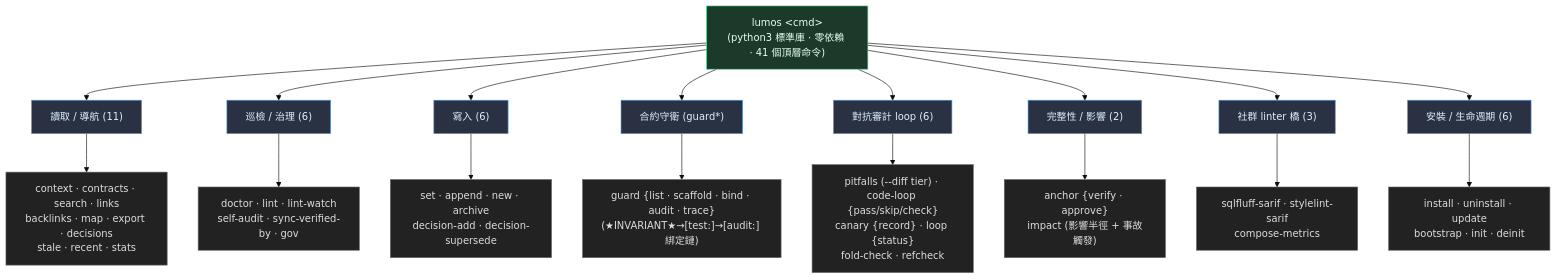
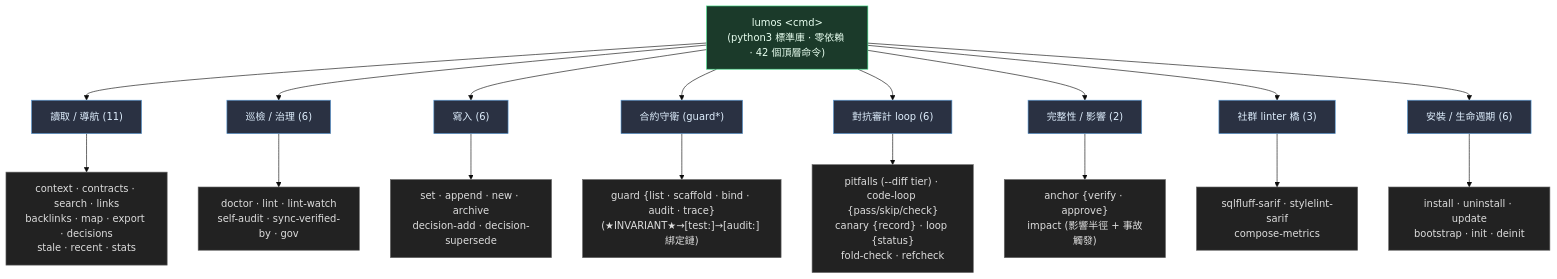
One commit to EnzoHsieh-Android/Lumos changed the third of 4 diagrams in ARCHITECTURE.md. Above: the diagram before and after it, drawn with Mermaid (base theme). The commit also changed other lines of this file and 10 other files, not shown here.

````diff
--- a/ARCHITECTURE.md
+++ b/ARCHITECTURE.md
@@ -99,29 +99,29 @@
 ```mermaid
 flowchart TB
-    ROOT["lumos &lt;cmd&gt;<br/>(python3 標準庫 · 零依賴 · 41 個頂層命令)"]
+    ROOT["lumos &lt;cmd&gt;<br/>(python3 標準庫 · 零依賴 · 42 個頂層命令)"]
 
     ROOT --> READ["讀取 / 導航 (11)"]
     ROOT --> HEALTH["巡檢 / 治理 (6)"]
     ROOT --> WRITE["寫入 (6)"]
     ROOT --> GUARD["合約守衛 (guard*)"]
     ROOT --> LOOP["對抗審計 loop (6)"]
     ROOT --> INTEG["完整性 / 影響 (2)"]
     ROOT --> SARIF["社群 linter 橋 (3)"]
     ROOT --> LIFE["安裝 / 生命週期 (6)"]
 
     READ --> R["context · contracts · search · links<br/>backlinks · map · export · decisions<br/>stale · recent · stats"]
     HEALTH --> H["doctor · lint · lint-watch<br/>self-audit · sync-verified-by · gov"]
     WRITE --> W["set · append · new · archive<br/>decision-add · decision-supersede"]
     GUARD --> G["guard {list · scaffold · bind · audit · trace}<br/>(★INVARIANT★→[test:]→[audit:] 綁定鏈)"]
     LOOP --> LP["pitfalls (--diff tier) · code-loop {pass/skip/check}<br/>canary {record} · loop {status}<br/>fold-check · refcheck"]
     INTEG --> I["anchor {verify · approve}<br/>impact (影響半徑 + 事故觸發)"]
     SARIF --> ST["sqlfluff-sarif · stylelint-sarif<br/>compose-metrics"]
     LIFE --> L["install · uninstall · update<br/>bootstrap · init · deinit"]
 
     classDef root fill:#1b3a2a,stroke:#3ddc84,color:#e8fff0
     classDef cat fill:#2a3142,stroke:#5a9bd6,color:#e0f0ff
     classDef leaf fill:#222,stroke:#666,color:#ddd
     class ROOT root
     class READ,HEALTH,WRITE,GUARD,LOOP,INTEG,SARIF,LIFE cat
     class R,H,W,G,LP,I,ST,L leaf
 ```
````
